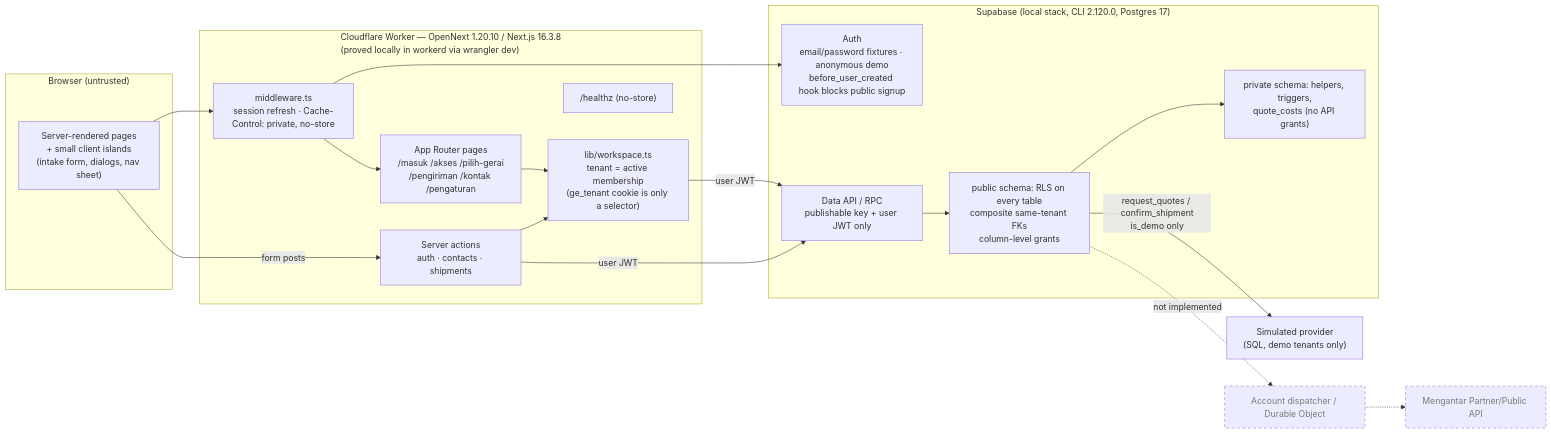
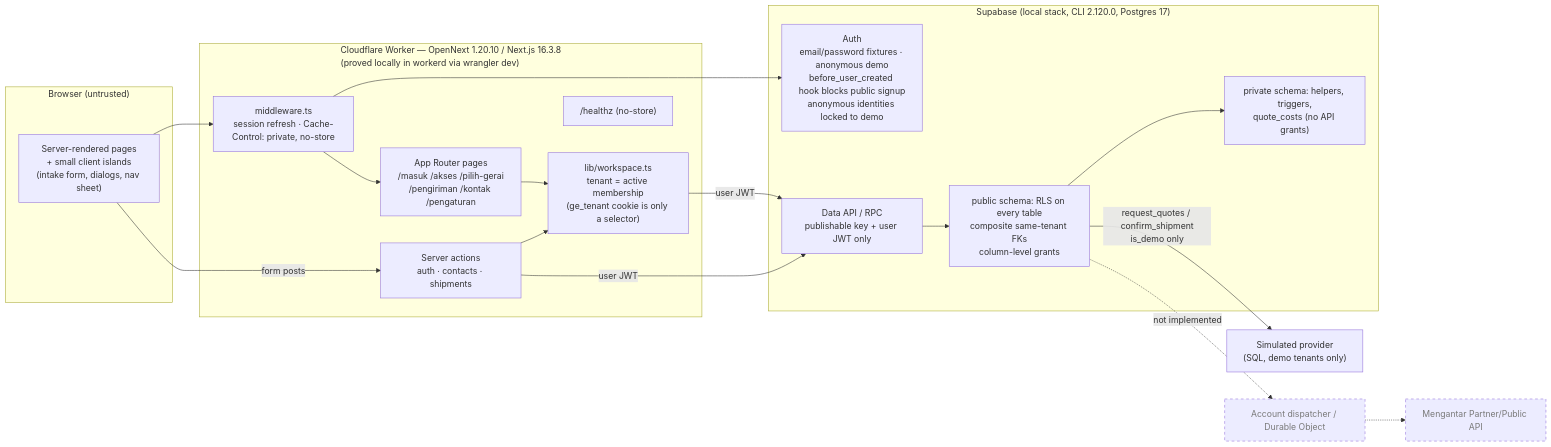
Before and after one commit to ongkipro/geraiexpress: the first of 4 diagrams in ARCHITECTURE.md, drawn with Mermaid. The commit also changed other lines of this file and 23 other files, not shown here.

First line of the commit message:
Lock anonymous demo identities, admin-only recovery, per-visitor Auth limits

````diff
--- a/ARCHITECTURE.md
+++ b/ARCHITECTURE.md
@@ -21,36 +21,36 @@
 ```mermaid
 flowchart LR
     subgraph Browser["Browser (untrusted)"]
         UI["Server-rendered pages<br/>+ small client islands<br/>(intake form, dialogs, nav sheet)"]
     end
     subgraph Worker["Cloudflare Worker — OpenNext 1.20.10 / Next.js 16.3.8<br/>(proved locally in workerd via wrangler dev)"]
         MW["middleware.ts<br/>session refresh · Cache-Control: private, no-store"]
         Pages["App Router pages<br/>/masuk /akses /pilih-gerai<br/>/pengiriman /kontak /pengaturan"]
         Actions["Server actions<br/>auth · contacts · shipments"]
         WS["lib/workspace.ts<br/>tenant = active membership<br/>(ge_tenant cookie is only a selector)"]
         Health["/healthz (no-store)"]
     end
     subgraph Supabase["Supabase (local stack, CLI 2.120.0, Postgres 17)"]
-        Auth["Auth<br/>email/password fixtures · anonymous demo<br/>before_user_created hook blocks public signup"]
+        Auth["Auth<br/>email/password fixtures · anonymous demo<br/>before_user_created hook blocks public signup<br/>anonymous identities locked to demo"]
         API["Data API / RPC<br/>publishable key + user JWT only"]
         DB["public schema: RLS on every table<br/>composite same-tenant FKs<br/>column-level grants"]
         Priv["private schema: helpers, triggers,<br/>quote_costs (no API grants)"]
     end
     Sim["Simulated provider<br/>(SQL, demo tenants only)"]
     Mengantar["Mengantar Partner/Public API"]:::target
     Dispatcher["Account dispatcher / Durable Object"]:::target
 
     UI --> MW --> Pages
     UI -->|form posts| Actions
     Pages --> WS
     Actions --> WS
     WS -->|user JWT| API
     Actions -->|user JWT| API
     MW --> Auth
     API --> DB
     DB --> Priv
     DB -->|request_quotes / confirm_shipment<br/>is_demo only| Sim
     DB -.->|not implemented| Dispatcher -.-> Mengantar
 
     classDef target stroke-dasharray: 5 5,color:#7a7a7a
 ```
````
